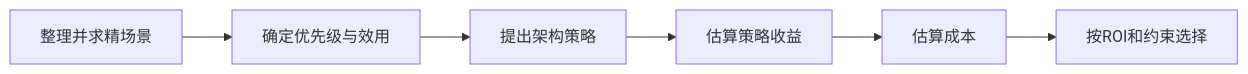
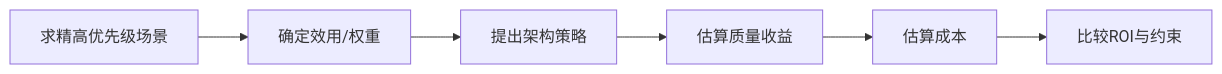
Before and after one commit to 74262195/system-architect-notes: the diagram in 01_综合知识/04_系统质量属性与架构评估/02_架构评估/CBAM成本效益分析.md, drawn with Mermaid. The commit also changed other lines of this file and 14 other files, not shown here.

Commit message:
docs: complete quality and architecture review cards

````diff
--- a/01_综合知识/04_系统质量属性与架构评估/02_架构评估/CBAM成本效益分析.md
+++ b/01_综合知识/04_系统质量属性与架构评估/02_架构评估/CBAM成本效益分析.md
@@ -34,8 +29,8 @@
-~~~mermaid
+```mermaid
 flowchart LR
-    A[整理并求精场景] --> B[确定优先级与效用]
+    A[求精高优先级场景] --> B[确定效用/权重]
     B --> C[提出架构策略]
-    C --> D[估算策略收益]
+    C --> D[估算质量收益]
     D --> E[估算成本]
-    E --> F[按ROI和约束选择]
-~~~
+    E --> F[比较ROI与约束]
+```
````
